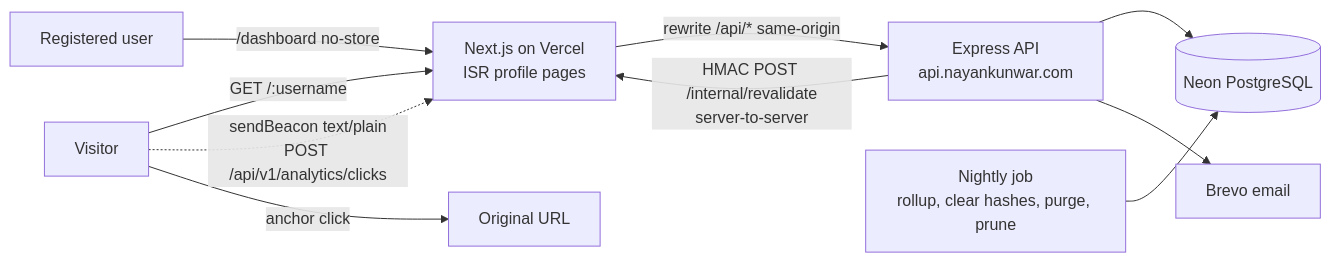
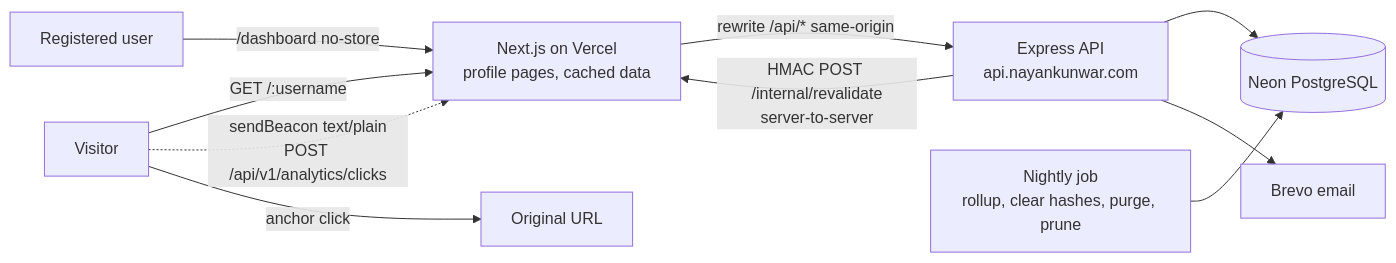
Before and after one commit to nayan-kunwar/LinkHub: the first of 2 diagrams in link-hub-architecture.md, drawn with Mermaid. The commit also changed other lines of this file and 2 other files, not shown here.

````diff
--- a/link-hub-architecture.md
+++ b/link-hub-architecture.md
@@ -176,12 +176,12 @@
 ```mermaid
 flowchart LR
-    V[Visitor] -->|GET /:username| W[Next.js on Vercel<br/>ISR profile pages]
+    V[Visitor] -->|GET /:username| W[Next.js on Vercel<br/>profile pages, cached data]
     U[Registered user] -->|/dashboard no-store| W
     W -->|rewrite /api/* same-origin| A[Express API<br/>api.nayankunwar.com]
     V -.->|sendBeacon text/plain<br/>POST /api/v1/analytics/clicks| W
     V -->|anchor click| X[Original URL]
     A --> P[(Neon PostgreSQL)]
     A -->|HMAC POST /internal/revalidate<br/>server-to-server| W
     A --> M[Brevo email]
     J[Nightly job<br/>rollup, clear hashes, purge, prune] --> P
 ```
````
